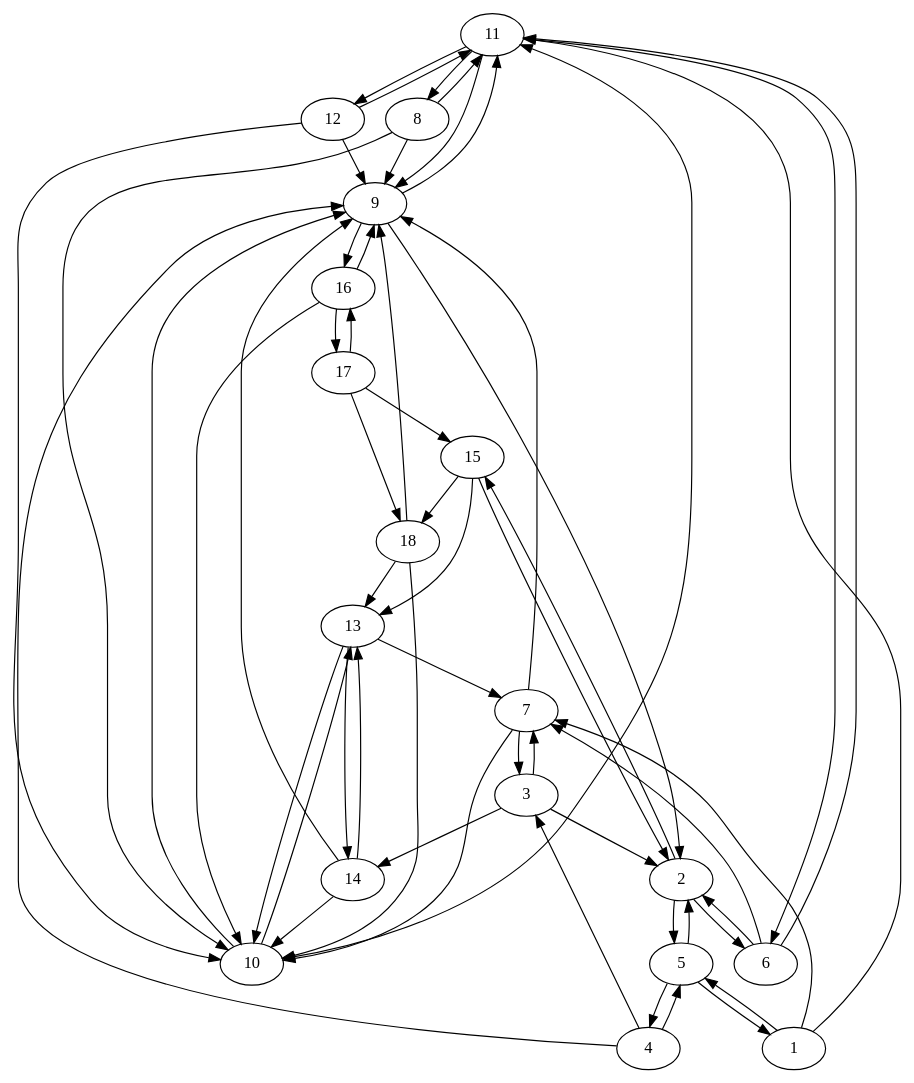
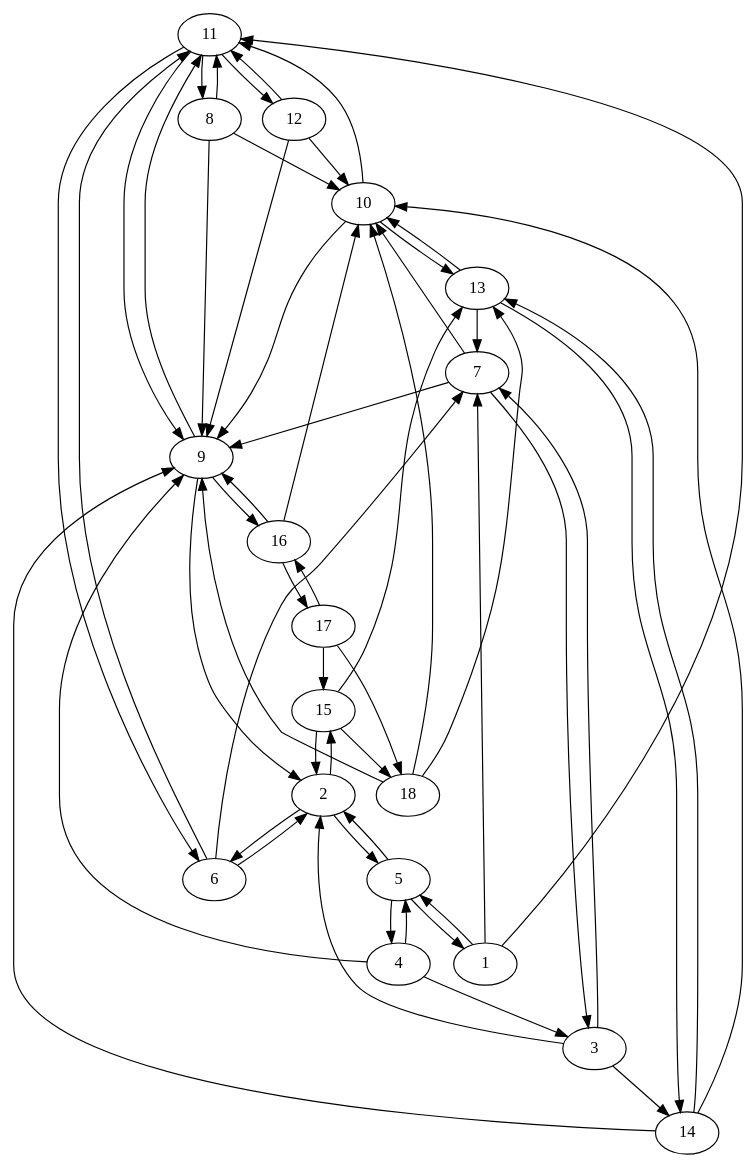
One commit to drewconway/NetworkX_Intro_Materials changed the diagram in data/samp_like_dot.dot. Above: the diagram before and after it, drawn with Graphviz. The commit also changed other lines of this file and 2 other files, not shown here.

```diff
--- a/data/samp_like_dot.dot
+++ b/data/samp_like_dot.dot
@@ -1,57 +1,57 @@
 strict digraph  {
+	11 -> 8;
+	11 -> 12;
+	11 -> 6;
 	11 -> 9;
-	11 -> 12;
-	11 -> 8;
-	11 -> 6;
-	10 -> 9;
 	10 -> 11;
 	10 -> 13;
-	13 -> 7;
+	10 -> 9;
 	13 -> 10;
 	13 -> 14;
+	13 -> 7;
+	12 -> 10;
+	12 -> 11;
 	12 -> 9;
-	12 -> 11;
-	12 -> 10;
+	15 -> 18;
 	15 -> 2;
 	15 -> 13;
-	15 -> 18;
-	14 -> 9;
 	14 -> 10;
 	14 -> 13;
+	14 -> 9;
+	17 -> 18;
 	17 -> 16;
 	17 -> 15;
-	17 -> 18;
+	16 -> 10;
+	16 -> 17;
 	16 -> 9;
-	16 -> 17;
-	16 -> 10;
-	18 -> 9;
 	18 -> 10;
 	18 -> 13;
-	1 -> 7;
+	18 -> 9;
 	1 -> 11;
 	1 -> 5;
+	1 -> 7;
 	3 -> 2;
+	3 -> 14;
 	3 -> 7;
-	3 -> 14;
 	2 -> 15;
 	2 -> 5;
 	2 -> 6;
-	5 -> 2;
 	5 -> 1;
 	5 -> 4;
-	4 -> 9;
+	5 -> 2;
 	4 -> 3;
 	4 -> 5;
+	4 -> 9;
+	7 -> 3;
+	7 -> 10;
 	7 -> 9;
-	7 -> 10;
-	7 -> 3;
 	6 -> 2;
+	6 -> 11;
 	6 -> 7;
-	6 -> 11;
+	9 -> 16;
 	9 -> 2;
 	9 -> 11;
-	9 -> 16;
+	8 -> 10;
+	8 -> 11;
 	8 -> 9;
-	8 -> 11;
-	8 -> 10;
 }
```
